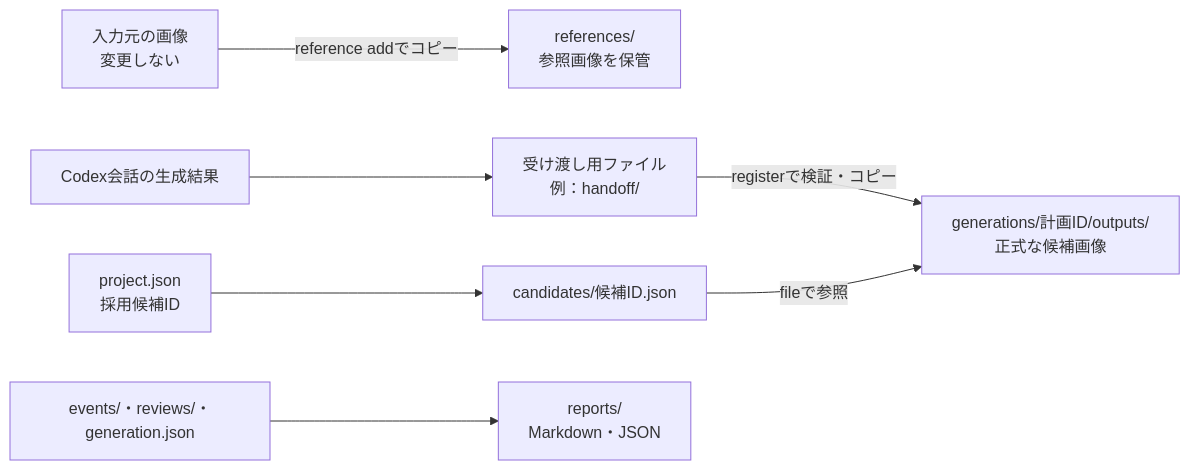
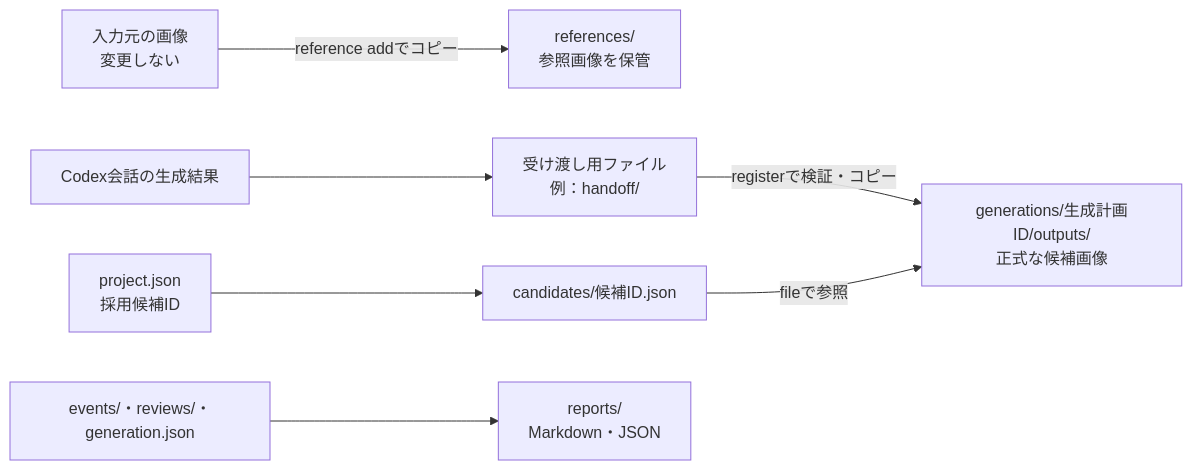
Before and after one commit to Friceballman/ImageCreatorHarness: the second of 2 diagrams in docs/operation-manual.md, drawn with Mermaid. The commit also changed other lines of this file and 7 other files, not shown here.

````diff
--- a/docs/operation-manual.md
+++ b/docs/operation-manual.md
@@ -481,9 +484,9 @@
 ```mermaid
 flowchart LR
   A["入力元の画像<br>変更しない"] -->|reference addでコピー| B["references/<br>参照画像を保管"]
   C["Codex会話の生成結果"] --> D["受け渡し用ファイル<br>例：handoff/"]
-  D -->|registerで検証・コピー| E["generations/計画ID/outputs/<br>正式な候補画像"]
+  D -->|registerで検証・コピー| E["generations/生成計画ID/outputs/<br>正式な候補画像"]
   F["candidates/候補ID.json"] -->|fileで参照| E
   G["project.json<br>採用候補ID"] --> F
   H["events/・reviews/・generation.json"] --> I["reports/<br>Markdown・JSON"]
 ```
````
